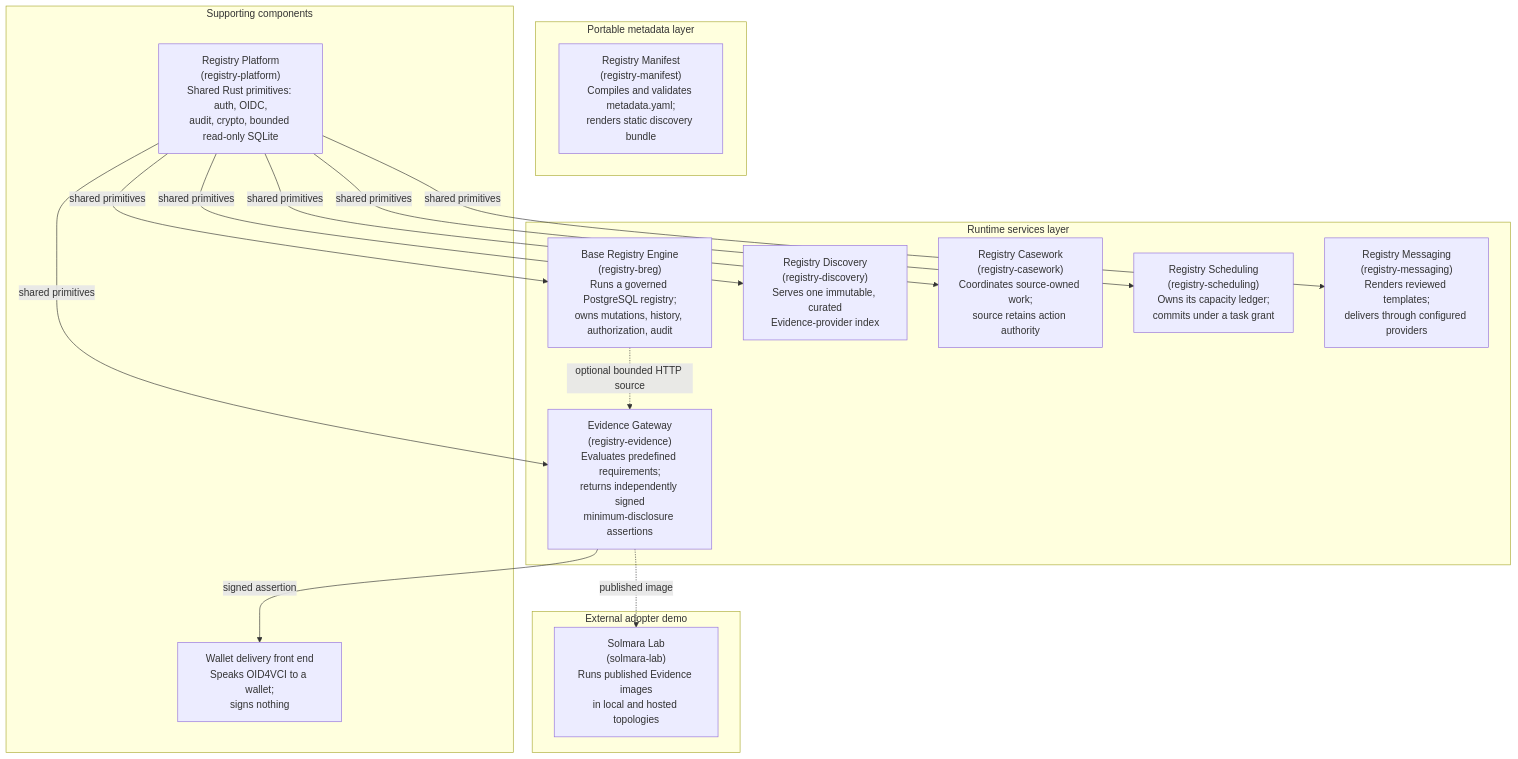
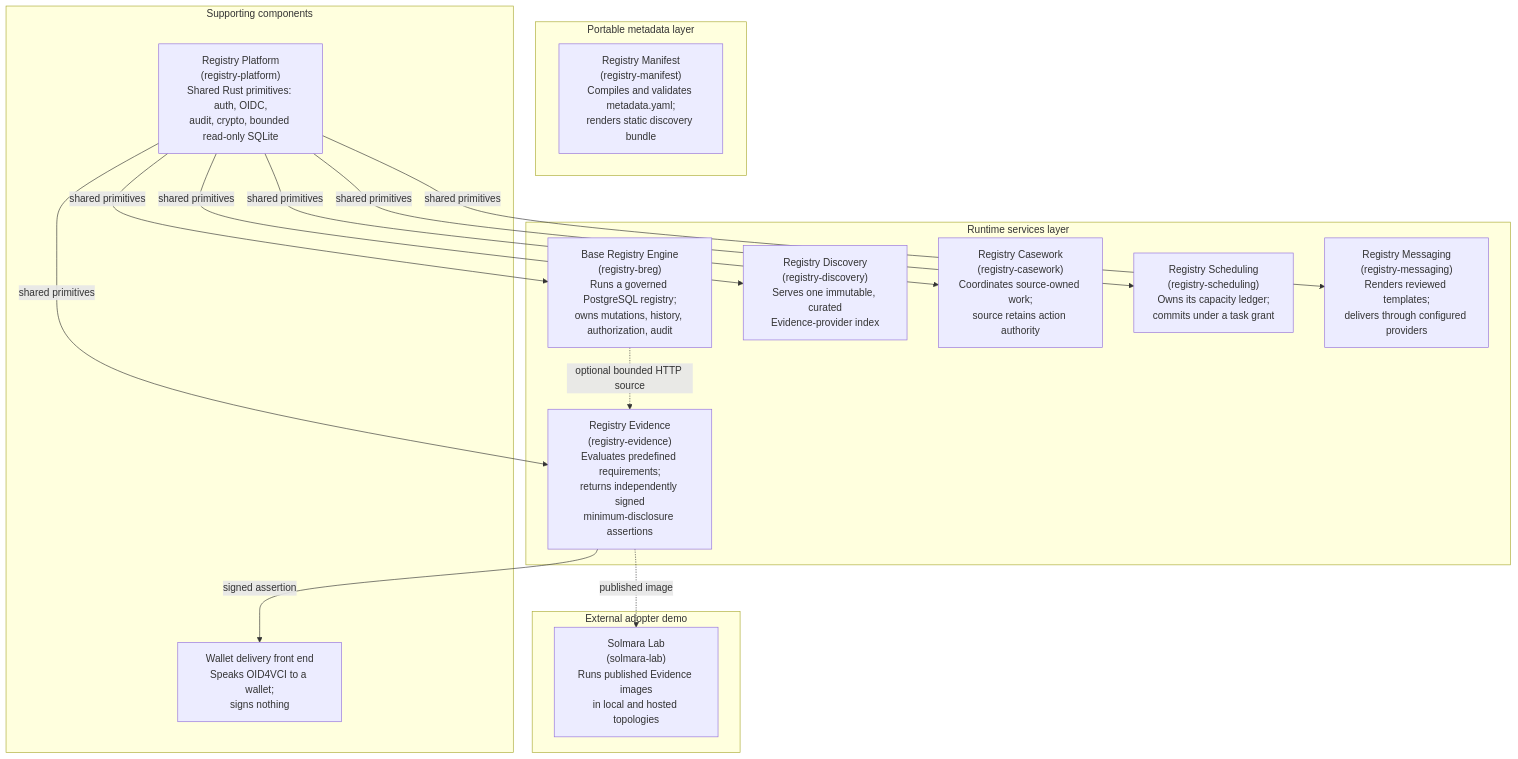
Before and after one commit to registrystack/registry-stack: the diagram in docs/site/src/content/docs/spec/rs-arc-g.mdx, drawn with Mermaid. The commit also changed other lines of this file and 160 other files, not shown here.

````diff
--- a/docs/site/src/content/docs/spec/rs-arc-g.mdx
+++ b/docs/site/src/content/docs/spec/rs-arc-g.mdx
@@ -95,34 +95,34 @@
 ```mermaid
 flowchart TD
     subgraph portable["Portable metadata layer"]
         manifest["Registry Manifest<br/>(registry-manifest)<br/>Compiles and validates metadata.yaml;<br/>renders static discovery bundle"]
     end
 
     subgraph runtime["Runtime services layer"]
         breg["Base Registry Engine<br/>(registry-breg)<br/>Runs a governed PostgreSQL registry;<br/>owns mutations, history, authorization, audit"]
-        evidence["Evidence Gateway<br/>(registry-evidence)<br/>Evaluates predefined requirements;<br/>returns independently signed<br/>minimum-disclosure assertions"]
+        evidence["Registry Evidence<br/>(registry-evidence)<br/>Evaluates predefined requirements;<br/>returns independently signed<br/>minimum-disclosure assertions"]
         discovery["Registry Discovery<br/>(registry-discovery)<br/>Serves one immutable, curated<br/>Evidence-provider index"]
         casework["Registry Casework<br/>(registry-casework)<br/>Coordinates source-owned work;<br/>source retains action authority"]
         scheduling["Registry Scheduling<br/>(registry-scheduling)<br/>Owns its capacity ledger;<br/>commits under a task grant"]
         messaging["Registry Messaging<br/>(registry-messaging)<br/>Renders reviewed templates;<br/>delivers through configured providers"]
     end
 
     subgraph support["Supporting components"]
         platform["Registry Platform<br/>(registry-platform)<br/>Shared Rust primitives: auth, OIDC,<br/>audit, crypto, bounded read-only SQLite"]
         oid4vci["Wallet delivery front end<br/>Speaks OID4VCI to a wallet;<br/>signs nothing"]
     end
 
     subgraph adopter["External adopter demo"]
         solmara["Solmara Lab<br/>(solmara-lab)<br/>Runs published Evidence images<br/>in local and hosted topologies"]
     end
 
     platform -- "shared primitives" --> breg
     platform -- "shared primitives" --> evidence
     platform -- "shared primitives" --> discovery
     platform -- "shared primitives" --> casework
     platform -- "shared primitives" --> scheduling
     platform -- "shared primitives" --> messaging
     breg -. "optional bounded HTTP source" .-> evidence
     evidence -- "signed assertion" --> oid4vci
     evidence -. "published image" .-> solmara
 ```
````
